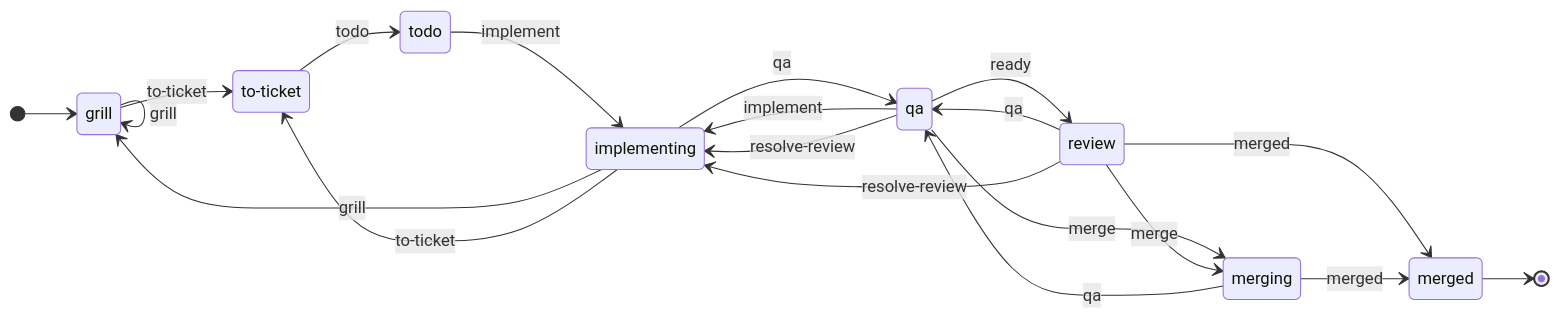
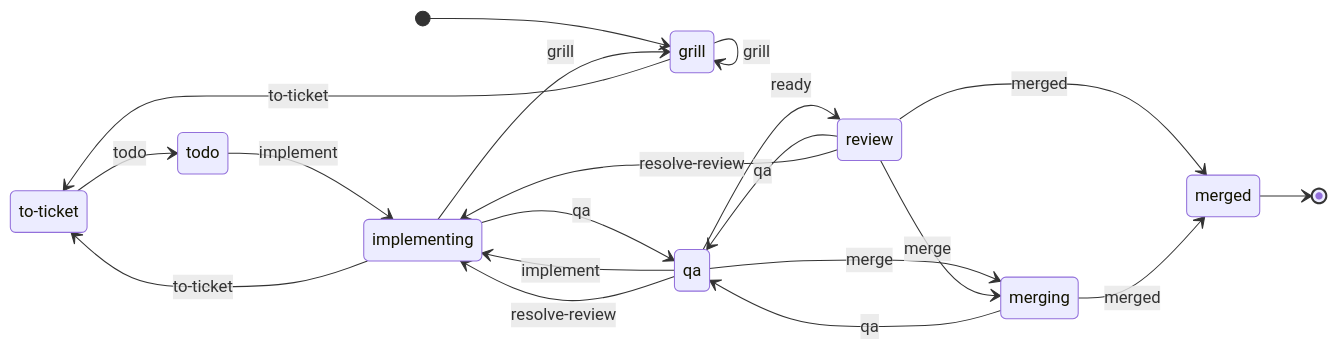
The diagram in apps/mb-workflow/docs/flow.md (MartinBernstorff/mb-workflow), drawn with Mermaid before and after one commit. The commit also changed 6 other files, not shown here.

Commit message:
refactor(flow): name the chart states after their state names (MB-107)

````diff
--- a/apps/mb-workflow/docs/flow.md
+++ b/apps/mb-workflow/docs/flow.md
@@ -1,25 +1,24 @@
 ```mermaid
 stateDiagram-v2
     direction LR
-    state "grill" as grilling
-    state "to-ticket" as speccing
-    [*] --> grilling
+    state "to-ticket" as to_ticket
+    [*] --> grill
     merged --> [*]
-    grilling --> grilling : grill
-    grilling --> speccing : to-ticket
-    speccing --> todo : todo
+    grill --> grill : grill
+    grill --> to_ticket : to-ticket
+    to_ticket --> todo : todo
     todo --> implementing : implement
-    implementing --> grilling : grill
-    implementing --> speccing : to-ticket
+    implementing --> grill : grill
+    implementing --> to_ticket : to-ticket
     implementing --> qa : qa
     qa --> implementing : implement
     qa --> review : ready
     qa --> merging : merge
     qa --> implementing : resolve-review
     review --> qa : qa
     review --> merging : merge
     review --> merged : merged
     review --> implementing : resolve-review
     merging --> qa : qa
     merging --> merged : merged
 ```
````
